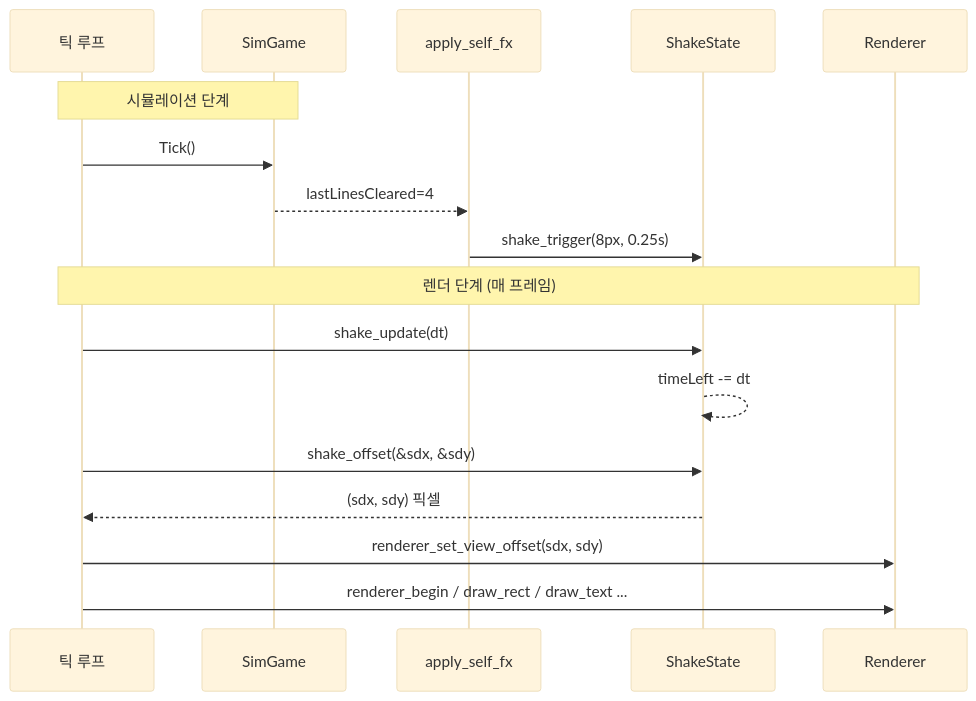
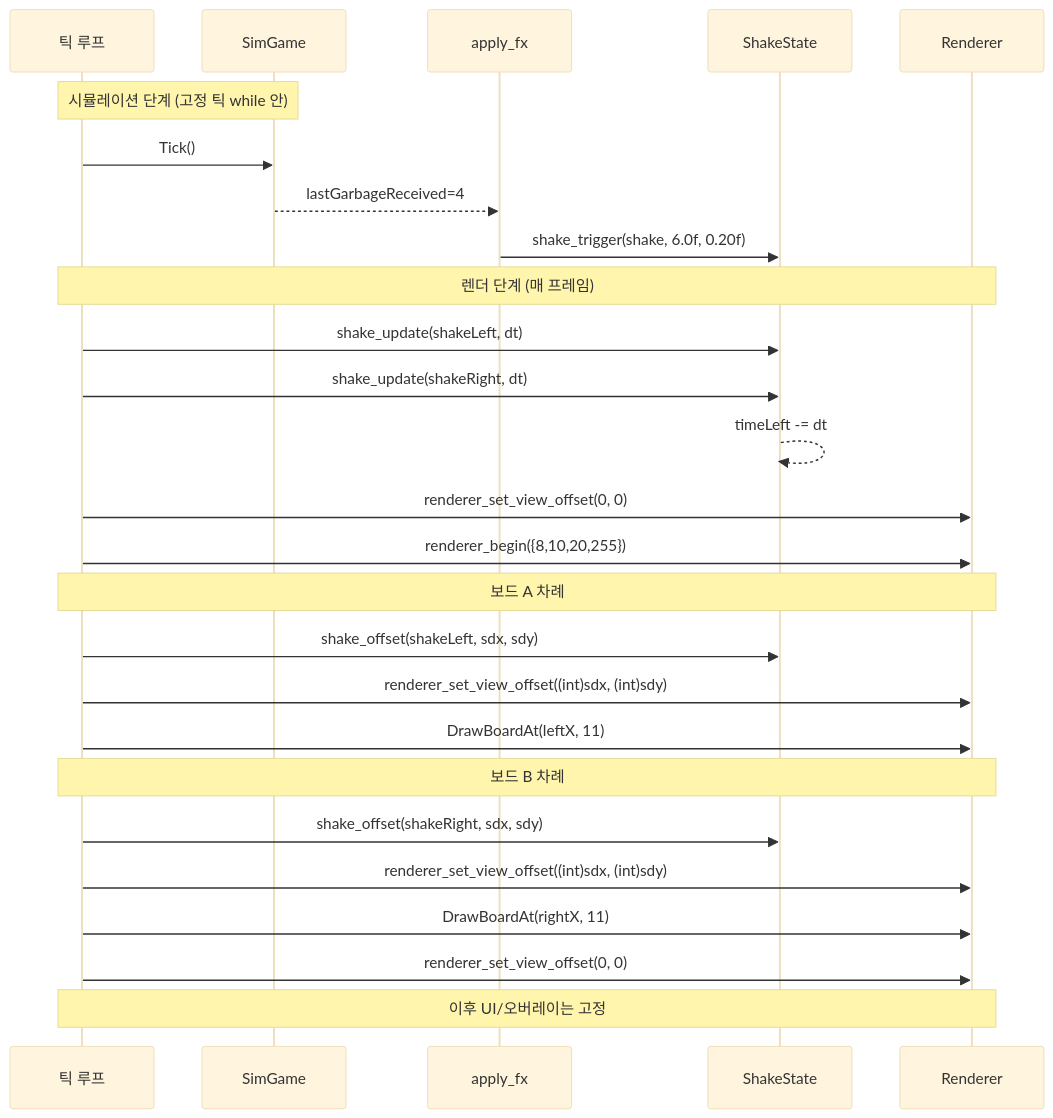
One commit to Rein-ArXiv/Tetris-Multiplayer-RL changed the tenth of 12 diagrams in docs/blog/part4-game-wrapper-and-loop.md. Above: the diagram before and after it, drawn with Mermaid (base theme). The commit also changed other lines of this file and 41 other files, not shown here.

````diff
--- a/docs/blog/part4-game-wrapper-and-loop.md
+++ b/docs/blog/part4-game-wrapper-and-loop.md
@@ -1056,21 +1710,30 @@
 ```mermaid
 sequenceDiagram
     participant TL as 틱 루프
     participant Sim as SimGame
-    participant FX as apply_self_fx
+    participant FX as apply_fx
     participant Sh as ShakeState
     participant R as Renderer
 
-    Note over TL,Sim: 시뮬레이션 단계
+    Note over TL,Sim: 시뮬레이션 단계 (고정 틱 while 안)
     TL->>Sim: Tick()
-    Sim-->>FX: lastLinesCleared=4
-    FX->>Sh: shake_trigger(8px, 0.25s)
+    Sim-->>FX: lastGarbageReceived=4
+    FX->>Sh: shake_trigger(shake, 6.0f, 0.20f)
 
     Note over TL,R: 렌더 단계 (매 프레임)
-    TL->>Sh: shake_update(dt)
+    TL->>Sh: shake_update(shakeLeft, dt)
+    TL->>Sh: shake_update(shakeRight, dt)
     Sh-->>Sh: timeLeft -= dt
-    TL->>Sh: shake_offset(&sdx, &sdy)
-    Sh-->>TL: (sdx, sdy) 픽셀
-    TL->>R: renderer_set_view_offset(sdx, sdy)
-    TL->>R: renderer_begin / draw_rect / draw_text ...
+    TL->>R: renderer_set_view_offset(0, 0)
+    TL->>R: renderer_begin({8,10,20,255})
+    Note over TL,R: 보드 A 차례
+    TL->>Sh: shake_offset(shakeLeft, sdx, sdy)
+    TL->>R: renderer_set_view_offset((int)sdx, (int)sdy)
+    TL->>R: DrawBoardAt(leftX, 11)
+    Note over TL,R: 보드 B 차례
+    TL->>Sh: shake_offset(shakeRight, sdx, sdy)
+    TL->>R: renderer_set_view_offset((int)sdx, (int)sdy)
+    TL->>R: DrawBoardAt(rightX, 11)
+    TL->>R: renderer_set_view_offset(0, 0)
+    Note over TL,R: 이후 UI/오버레이는 고정
 ```
````
